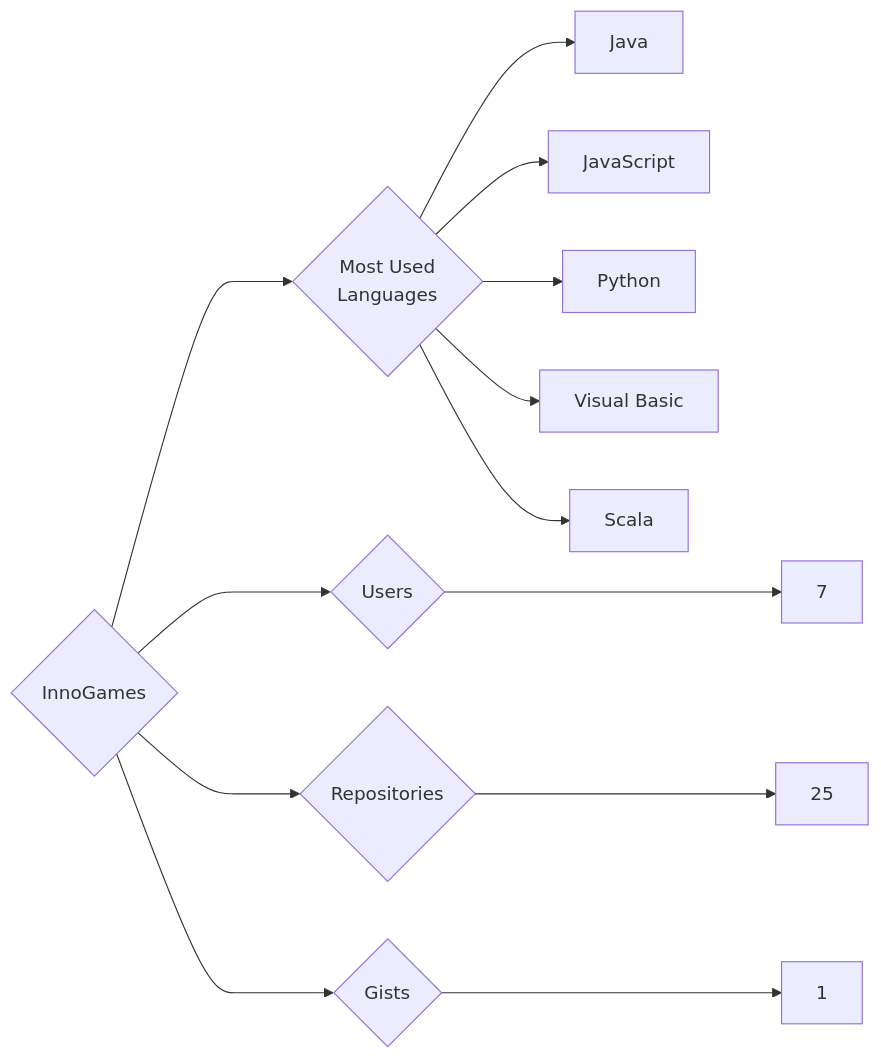
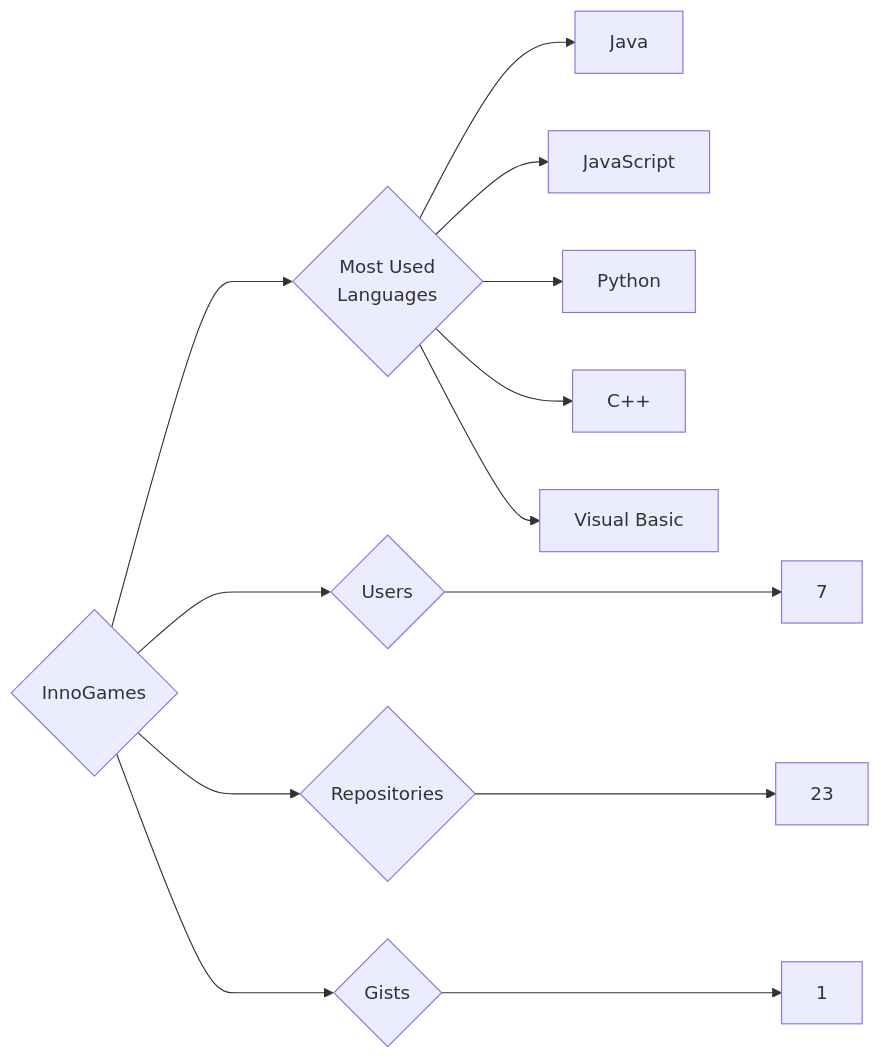
The diagram in targets/InnoGames/README.md (trickest/insiders), drawn with Mermaid before and after one commit. The commit also changed 873 other files, not shown here.

````diff
--- a/targets/InnoGames/README.md
+++ b/targets/InnoGames/README.md
@@ -3,13 +3,13 @@
 ```mermaid
 graph LR
 COMPANY_NAME{InnoGames}
 COMPANY_NAME ---> U{Users} ---> UN[7]
-COMPANY_NAME ---> R{Repositories} ---> RN[25]
+COMPANY_NAME ---> R{Repositories} ---> RN[23]
 COMPANY_NAME ---> G{Gists} ---> GN[1]
 COMPANY_NAME ---> ML{Most Used<br>Languages}
 ML --> Java[Java]
 ML --> JavaScript[JavaScript]
 ML --> Python[Python]
+ML --> C++[C++]
 ML --> Visual_Basic[Visual Basic]
-ML --> Scala[Scala]
 ```
````
